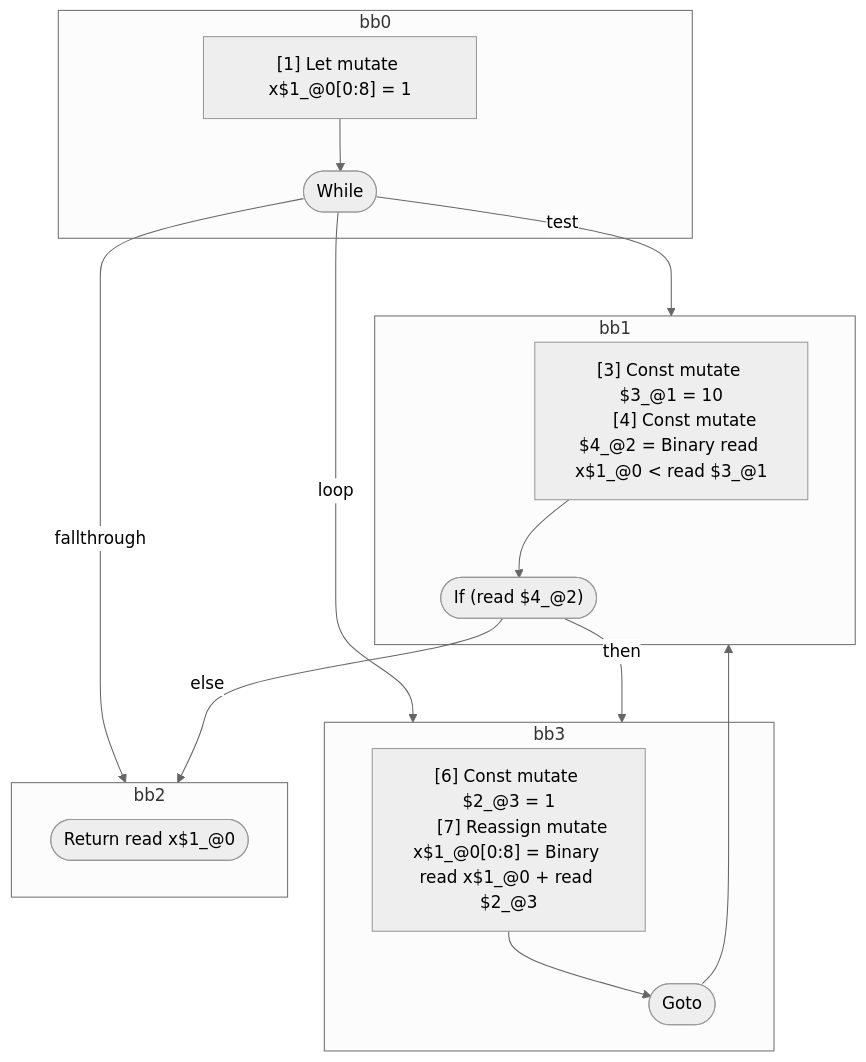
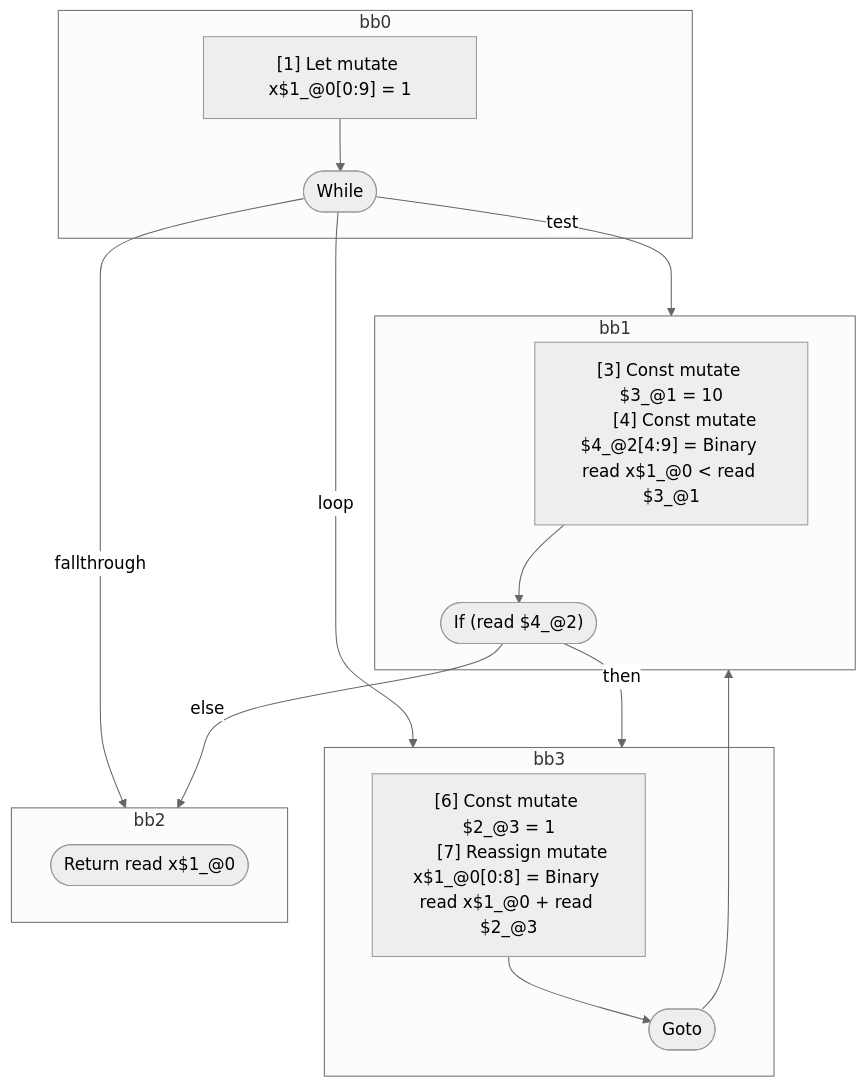
One commit to wutsmog/private changed the diagram in compiler/forget/src/__tests__/fixtures/hir/ssa-while.expect.md. Above: the diagram before and after it, drawn with Mermaid (neutral theme). The commit also changed other lines of this file and 26 other files, not shown here.

````diff
--- a/compiler/forget/src/__tests__/fixtures/hir/ssa-while.expect.md
+++ b/compiler/forget/src/__tests__/fixtures/hir/ssa-while.expect.md
@@ -39,36 +39,36 @@
 ```mermaid
 flowchart TB
   %% Basic Blocks
   subgraph bb0
     bb0_instrs["
-      [1] Let mutate x$1_@0[0:8] = 1
+      [1] Let mutate x$1_@0[0:9] = 1
     "]
     bb0_instrs --> bb0_terminal(["While"])
   end
   subgraph bb1
     bb1_instrs["
       [3] Const mutate $3_@1 = 10
-      [4] Const mutate $4_@2 = Binary read x$1_@0 < read $3_@1
+      [4] Const mutate $4_@2[4:9] = Binary read x$1_@0 < read $3_@1
     "]
     bb1_instrs --> bb1_terminal(["If (read $4_@2)"])
   end
   subgraph bb3
     bb3_instrs["
       [6] Const mutate $2_@3 = 1
       [7] Reassign mutate x$1_@0[0:8] = Binary read x$1_@0 + read $2_@3
     "]
     bb3_instrs --> bb3_terminal(["Goto"])
   end
   subgraph bb2
     bb2_terminal(["Return read x$1_@0"])
   end
 
   %% Jumps
   bb0_terminal -- "test" --> bb1
   bb0_terminal -- "loop" --> bb3
   bb0_terminal -- "fallthrough" --> bb2
   bb1_terminal -- "then" --> bb3
   bb1_terminal -- "else" --> bb2
   bb3_terminal --> bb1
 
 ```
````
